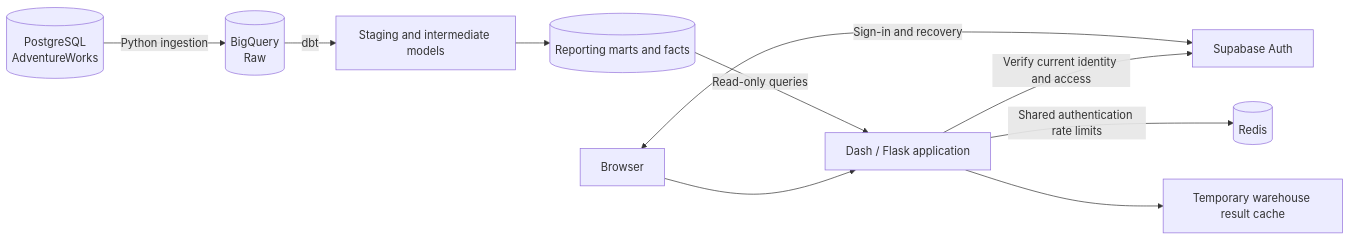
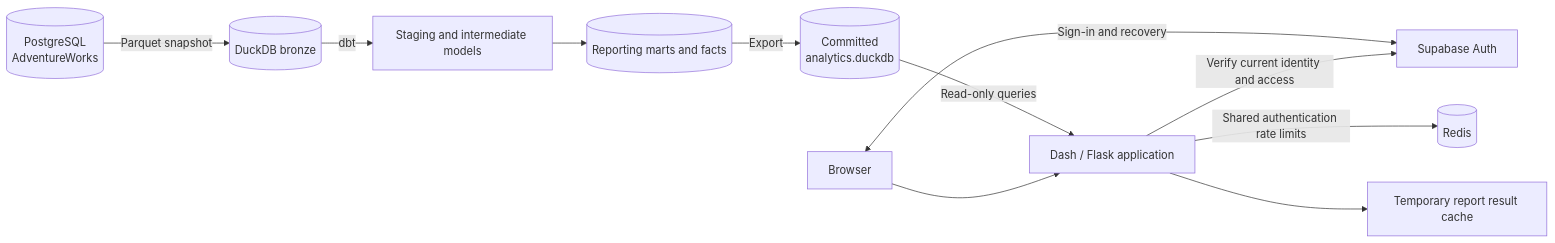
One commit to Datanerdbytes/adventureworks-data-platform changed the diagram in README.md. Above: the diagram before and after it, drawn with Mermaid. The commit also changed other lines of this file and 3 other files, not shown here.

````diff
--- a/README.md
+++ b/README.md
@@ -43,12 +43,13 @@
 ```mermaid
 flowchart LR
-    PG[(PostgreSQL\nAdventureWorks)] -->|Python ingestion| RAW[(BigQuery\nRaw)]
-    RAW -->|dbt| SILVER[Staging and intermediate models]
+    PG[(PostgreSQL\nAdventureWorks)] -->|Parquet snapshot| BRONZE[(DuckDB bronze)]
+    BRONZE -->|dbt| SILVER[Staging and intermediate models]
     SILVER --> GOLD[(Reporting marts and facts)]
-    GOLD -->|Read-only queries| APP[Dash / Flask application]
+    GOLD -->|Export| ARTIFACT[(Committed\nanalytics.duckdb)]
+    ARTIFACT -->|Read-only queries| APP[Dash / Flask application]
     USER[Browser] --> APP
     USER <-->|Sign-in and recovery| AUTH[Supabase Auth]
     APP -->|Verify current identity and access| AUTH
     APP -->|Shared authentication rate limits| REDIS[(Redis)]
-    APP --> CACHE[Temporary warehouse result cache]
+    APP --> CACHE[Temporary report result cache]
 ```
````
